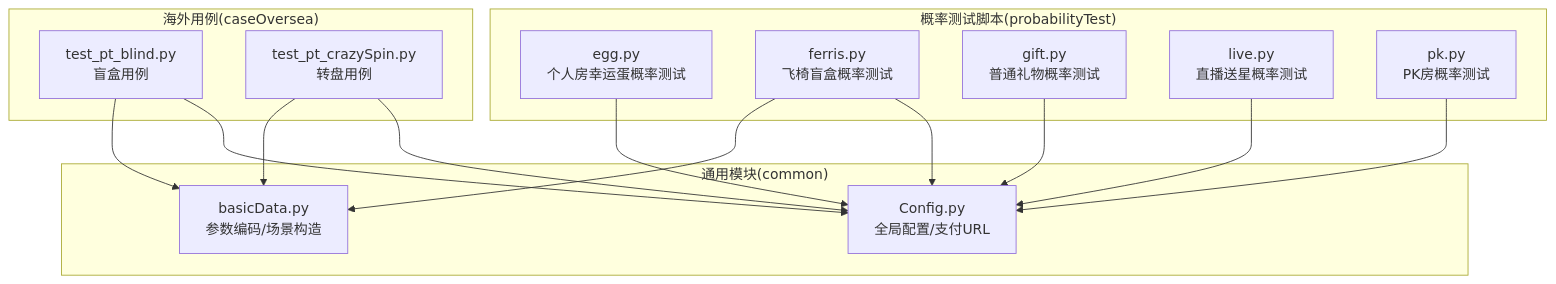
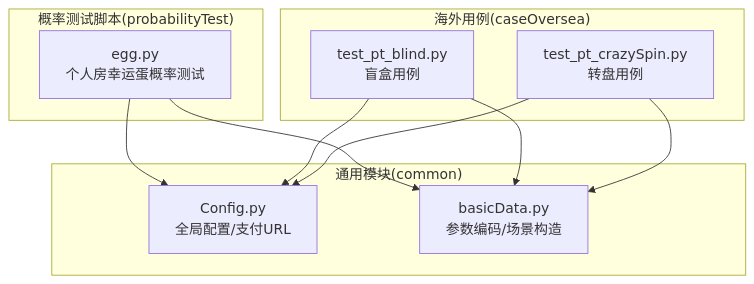
The first of 7 diagrams in .qoder/repowiki/zh/content/高级功能测试/概率性功能测试.md (liximing1-ola/qa-payTest), drawn with Mermaid before and after one commit. The commit also changed other lines of this file and 6 other files, not shown here.

````diff
--- a/.qoder/repowiki/zh/content/高级功能测试/概率性功能测试.md
+++ b/.qoder/repowiki/zh/content/高级功能测试/概率性功能测试.md
@@ -35,28 +44,20 @@
 ```mermaid
 graph TB
 subgraph "概率测试脚本(probabilityTest)"
 EGG["egg.py<br/>个人房幸运蛋概率测试"]
-FERRIS["ferris.py<br/>飞椅盲盒概率测试"]
-GIFT["gift.py<br/>普通礼物概率测试"]
-LIVE["live.py<br/>直播送星概率测试"]
-PK["pk.py<br/>PK房概率测试"]
 end
 subgraph "通用模块(common)"
 CFG["Config.py<br/>全局配置/支付URL"]
 BASIC["basicData.py<br/>参数编码/场景构造"]
 end
 subgraph "海外用例(caseOversea)"
 BLIND["test_pt_blind.py<br/>盲盒用例"]
 SPIN["test_pt_crazySpin.py<br/>转盘用例"]
 end
 EGG --> CFG
-FERRIS --> CFG
-FERRIS --> BASIC
-GIFT --> CFG
-LIVE --> CFG
-PK --> CFG
+EGG --> BASIC
 BLIND --> CFG
 BLIND --> BASIC
 SPIN --> CFG
 SPIN --> BASIC
 ```
````
